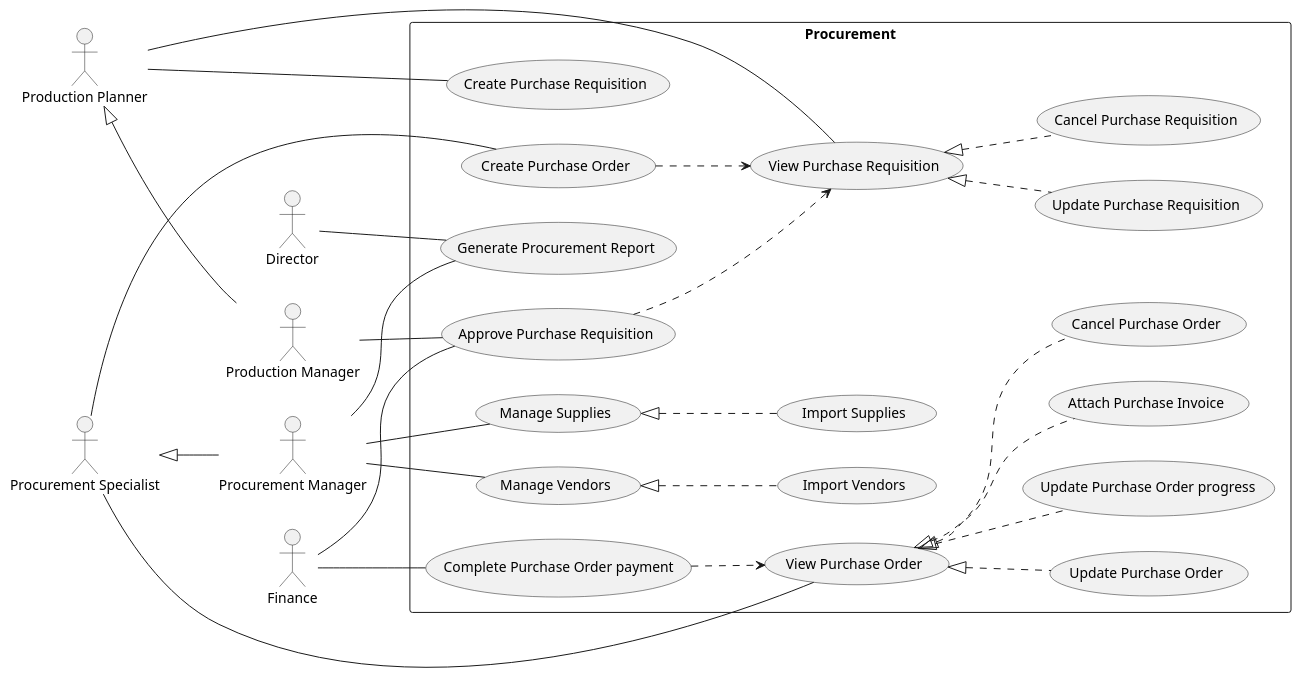
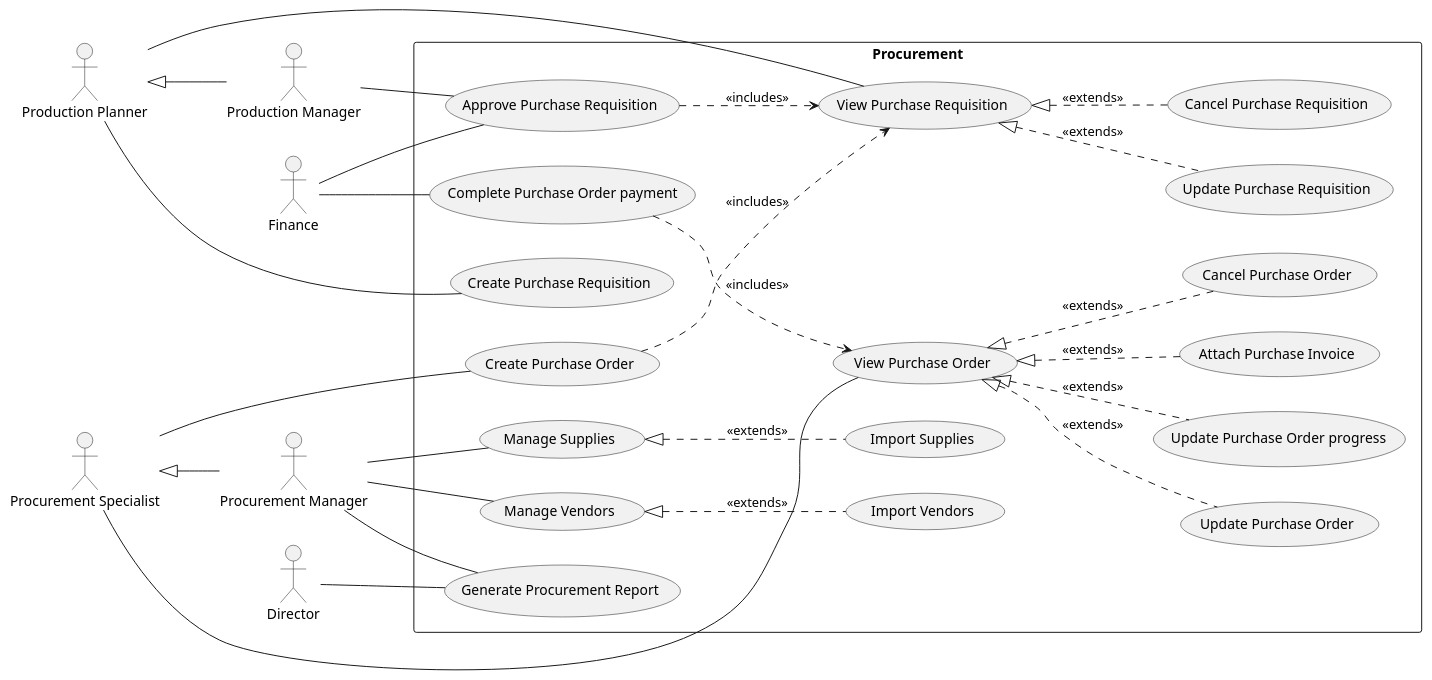
One commit to phihungha/scmss-reqs changed the diagram in use-cases/procurement.plantuml. Above: the diagram before and after it, drawn with PlantUML. The commit also changed 9 other files, not shown here.

```diff
--- a/use-cases/procurement.plantuml
+++ b/use-cases/procurement.plantuml
@@ -1,41 +1,41 @@
 @startuml procurement
 left to right direction
 
 :Director: as d
 :Finance: as f
 
 :Production Planner: as pp
 :Production Manager: as prm
 pp <|-- prm
 
 :Procurement Manager: as pm
 :Procurement Specialist: as ps
 ps <|-- pm
 
 rectangle Procurement {
     pp -- (Create Purchase Requisition)
     pp -- (View Purchase Requisition)
-    (View Purchase Requisition) <|.. (Update Purchase Requisition)
-    (View Purchase Requisition) <|.. (Cancel Purchase Requisition)
+    (View Purchase Requisition) <|.. (Update Purchase Requisition) : <<extends>>
+    (View Purchase Requisition) <|.. (Cancel Purchase Requisition) : <<extends>>
     f -- (Approve Purchase Requisition)
     prm -- (Approve Purchase Requisition)
-    (Approve Purchase Requisition) ..> (View Purchase Requisition)
+    (Approve Purchase Requisition) ..> (View Purchase Requisition) : <<includes>>
 
     ps -- (Create Purchase Order)
-    (Create Purchase Order) ..> (View Purchase Requisition)
+    (Create Purchase Order) ..> (View Purchase Requisition) : <<includes>>
     ps -- (View Purchase Order)
-    (View Purchase Order) <|.. (Update Purchase Order)
-    (View Purchase Order) <|.. (Update Purchase Order progress)
-    (View Purchase Order) <|.. (Attach Purchase Invoice)
-    (View Purchase Order) <|.. (Cancel Purchase Order)
+    (View Purchase Order) <|.. (Update Purchase Order) : <<extends>>
+    (View Purchase Order) <|.. (Update Purchase Order progress) : <<extends>>
+    (View Purchase Order) <|.. (Attach Purchase Invoice) : <<extends>>
+    (View Purchase Order) <|.. (Cancel Purchase Order) : <<extends>>
     f -- (Complete Purchase Order payment)
-    (Complete Purchase Order payment) ..> (View Purchase Order)
+    (Complete Purchase Order payment) ..> (View Purchase Order) : <<includes>>
 
     pm -- (Manage Vendors)
-    (Manage Vendors) <|.. (Import Vendors)
+    (Manage Vendors) <|.. (Import Vendors) : <<extends>>
     pm -- (Manage Supplies)
-    (Manage Supplies) <|.. (Import Supplies)
+    (Manage Supplies) <|.. (Import Supplies) : <<extends>>
     pm -- (Generate Procurement Report)
     d -- (Generate Procurement Report)
 }
 @enduml
```
